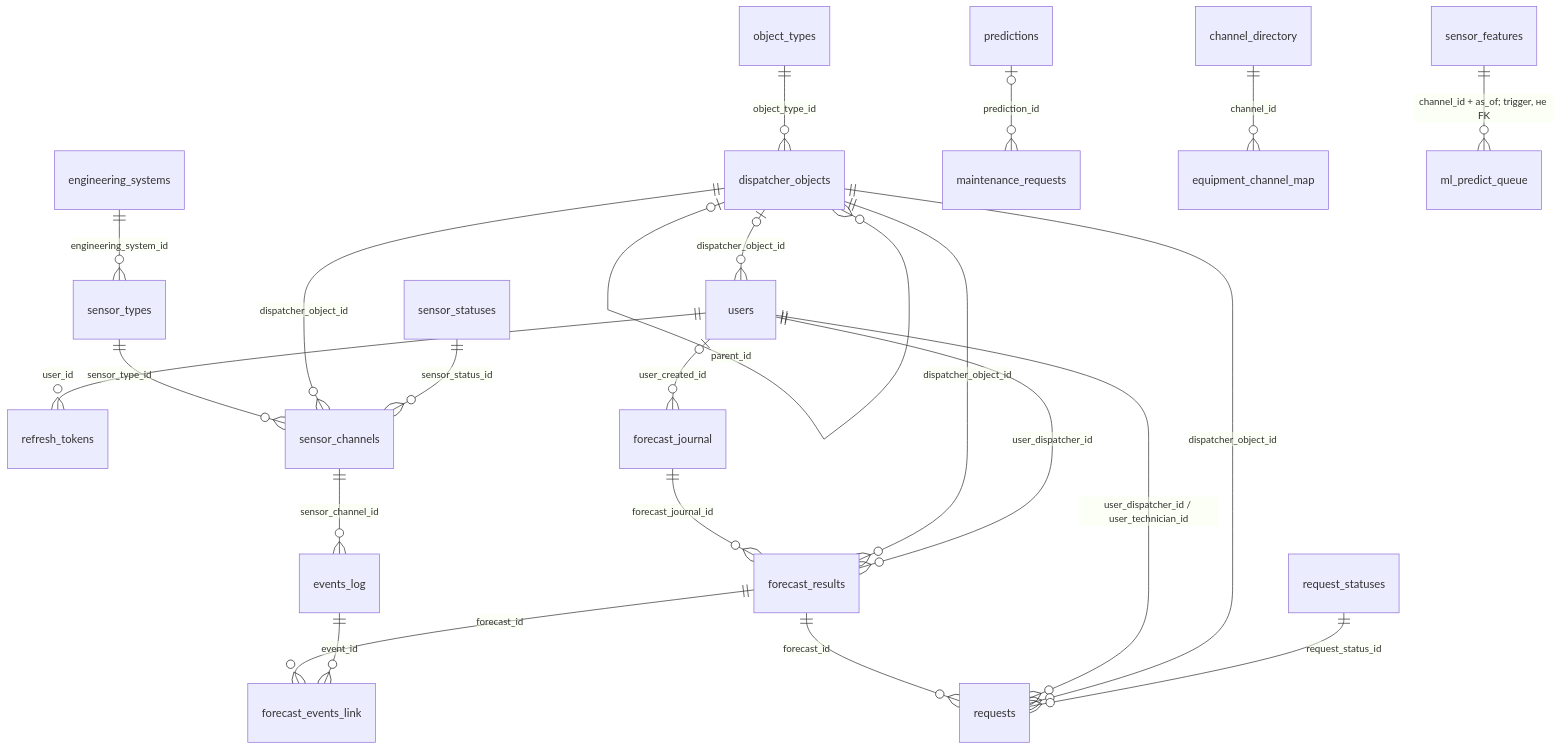
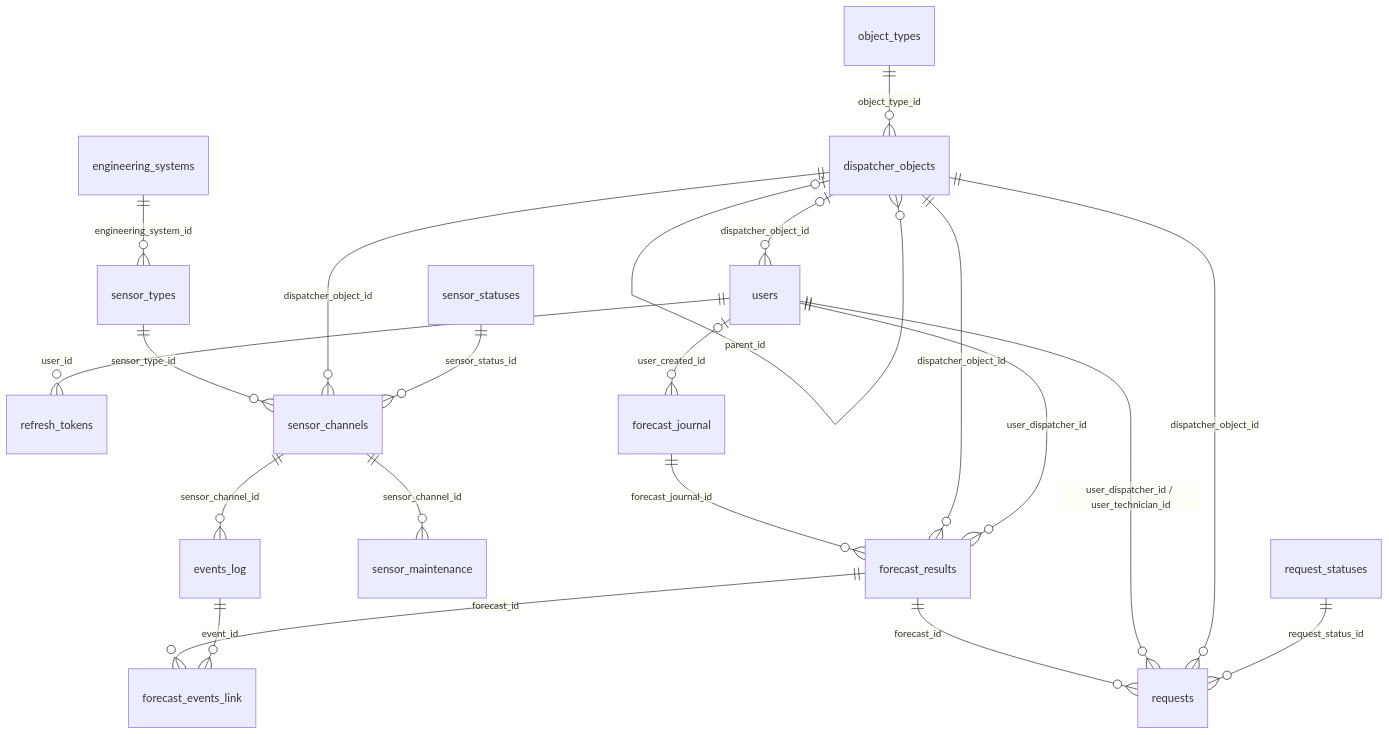
The diagram in postgres-db/docs/database-schema.md (sa100h/lct), drawn with Mermaid before and after one commit. The commit also changed other lines of this file, not shown here.

````diff
--- a/postgres-db/docs/database-schema.md
+++ b/postgres-db/docs/database-schema.md
@@ -40,25 +40,23 @@
 ```mermaid
 erDiagram
     users ||--o{ refresh_tokens : "user_id"
     dispatcher_objects o|--o{ users : "dispatcher_object_id"
     engineering_systems ||--o{ sensor_types : "engineering_system_id"
     object_types ||--o{ dispatcher_objects : "object_type_id"
     dispatcher_objects o|--o{ dispatcher_objects : "parent_id"
     sensor_types ||--o{ sensor_channels : "sensor_type_id"
     dispatcher_objects ||--o{ sensor_channels : "dispatcher_object_id"
     sensor_statuses ||--o{ sensor_channels : "sensor_status_id"
     sensor_channels ||--o{ events_log : "sensor_channel_id"
+    sensor_channels ||--o{ sensor_maintenance : "sensor_channel_id"
     users o|--o{ forecast_journal : "user_created_id"
     forecast_journal ||--o{ forecast_results : "forecast_journal_id"
     dispatcher_objects ||--o{ forecast_results : "dispatcher_object_id"
     users ||--o{ forecast_results : "user_dispatcher_id"
     forecast_results ||--o{ forecast_events_link : "forecast_id"
     events_log ||--o{ forecast_events_link : "event_id"
     forecast_results ||--o{ requests : "forecast_id"
     users ||--o{ requests : "user_dispatcher_id / user_technician_id"
     dispatcher_objects ||--o{ requests : "dispatcher_object_id"
     request_statuses ||--o{ requests : "request_status_id"
-    predictions o|--o{ maintenance_requests : "prediction_id"
-    channel_directory ||--o{ equipment_channel_map : "channel_id"
-    sensor_features ||--o{ ml_predict_queue : "channel_id + as_of; trigger, не FK"
 ```
````
